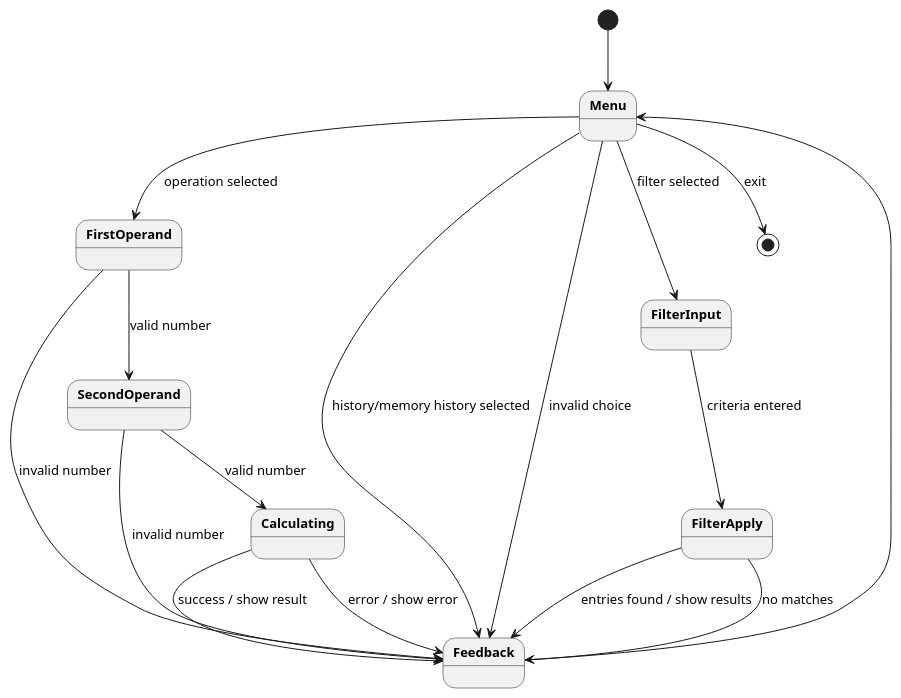
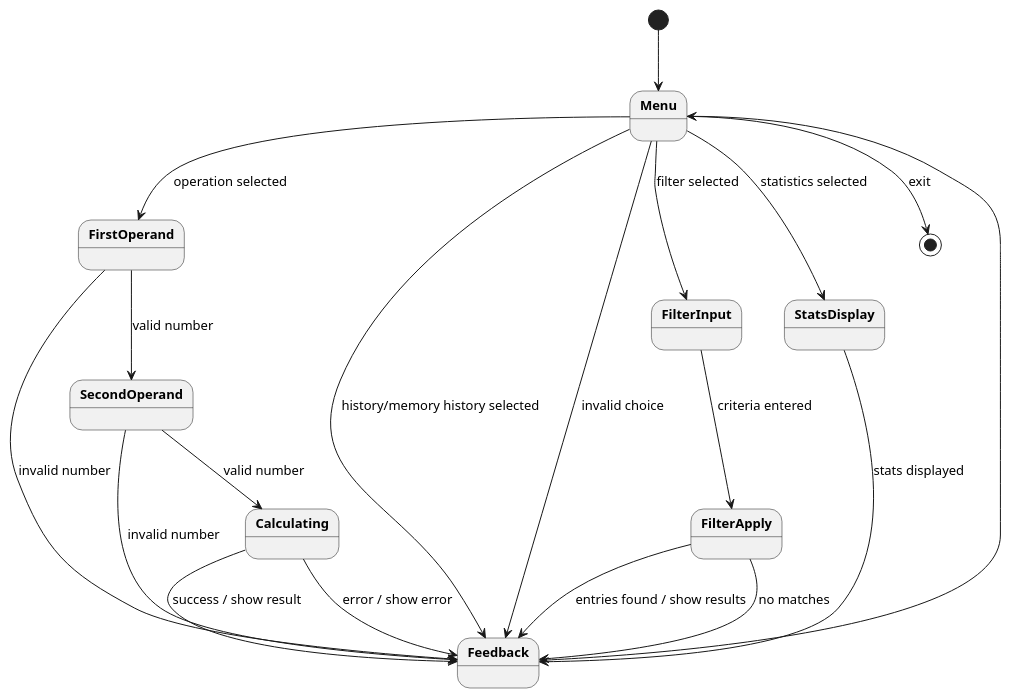
One commit to DanielRiha8906/Software_autoevolution_using_agents changed the diagram in experiments/broadcast/user_stories/calculator/artifacts/state_diagram_interactive.puml. Above: the diagram before and after it, drawn with PlantUML. The commit also changed 15 other files, not shown here.

```diff
--- a/experiments/broadcast/user_stories/calculator/artifacts/state_diagram_interactive.puml
+++ b/experiments/broadcast/user_stories/calculator/artifacts/state_diagram_interactive.puml
@@ -1,31 +1,34 @@
 @startuml
 
 skinparam defaultFontSize 13
 skinparam stateFontStyle bold
 
 top to bottom direction
 
 [*] --> Menu
 
 Menu --> FirstOperand : operation selected
 Menu --> Feedback : history/memory history selected
 Menu --> FilterInput : filter selected
+Menu --> StatsDisplay : statistics selected
 Menu --> Feedback : invalid choice
 Menu --> [*] : exit
+
+StatsDisplay --> Feedback : stats displayed
 
 FirstOperand --> SecondOperand : valid number
 FirstOperand --> Feedback : invalid number
 
 SecondOperand --> Calculating : valid number
 SecondOperand --> Feedback : invalid number
 
 Calculating --> Feedback : success / show result
 Calculating --> Feedback : error / show error
 
 FilterInput --> FilterApply : criteria entered
 FilterApply --> Feedback : entries found / show results
 FilterApply --> Feedback : no matches
 
 Feedback --> Menu
 
 @enduml
```
